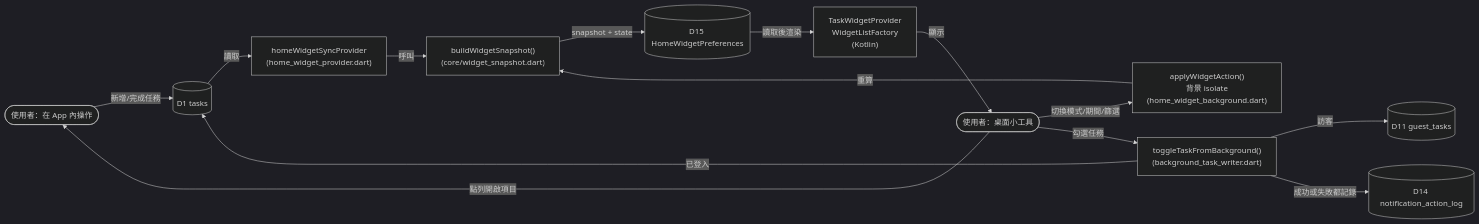
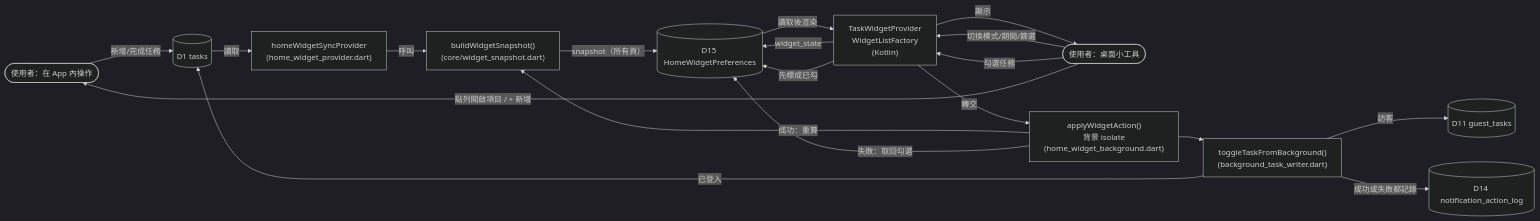
The eighth of 8 diagrams in docs/DFD.md (octofield/URniversity), drawn with Mermaid (dark theme) before and after one commit. The commit also changed other lines of this file and 33 other files, not shown here.

````diff
--- a/docs/DFD.md
+++ b/docs/DFD.md
@@ -293,29 +293,34 @@
 ```mermaid
 flowchart LR
     AppUser(["使用者：在 App 內操作"])
     Home(["使用者：桌面小工具"])
     P10["homeWidgetSyncProvider\n(home_widget_provider.dart)"]
     P11["buildWidgetSnapshot()\n(core/widget_snapshot.dart)"]
     P12["applyWidgetAction()\n背景 isolate\n(home_widget_background.dart)"]
     P13["toggleTaskFromBackground()\n(background_task_writer.dart)"]
     Native["TaskWidgetProvider\nWidgetListFactory\n(Kotlin)"]
     D1[("D1 tasks")]
     D11[("D11 guest_tasks")]
     D14[("D14 notification_action_log")]
     D15[("D15 HomeWidgetPreferences")]
 
     AppUser -- "新增/完成任務" --> D1
     D1 -- "讀取" --> P10
     P10 -- "呼叫" --> P11
-    P11 -- "snapshot + state" --> D15
+    P11 -- "snapshot（所有頁）" --> D15
     D15 -- "讀取後渲染" --> Native
     Native -- "顯示" --> Home
 
-    Home -- "切換模式/期間/篩選" --> P12
-    Home -- "勾選任務" --> P13
-    P12 -- "重算" --> P11
+    Home -- "切換模式/期間/篩選" --> Native
+    Native -- "widget_state" --> D15
+    Home -- "勾選任務" --> Native
+    Native -- "先標成已勾" --> D15
+    Native -- "轉交" --> P12
+    P12 --> P13
+    P12 -- "成功：重算" --> P11
+    P12 -- "失敗：取回勾選" --> D15
     P13 -- "已登入" --> D1
     P13 -- "訪客" --> D11
     P13 -- "成功或失敗都記錄" --> D14
-    Home -- "點列開啟項目" --> AppUser
+    Home -- "點列開啟項目 / + 新增" --> AppUser
 ```
````
